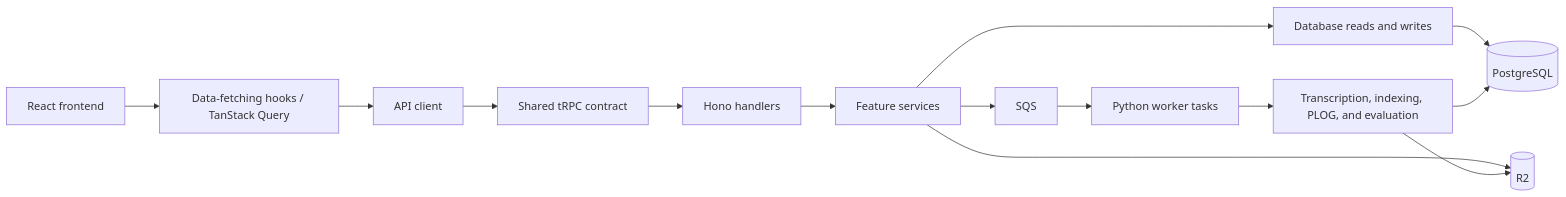
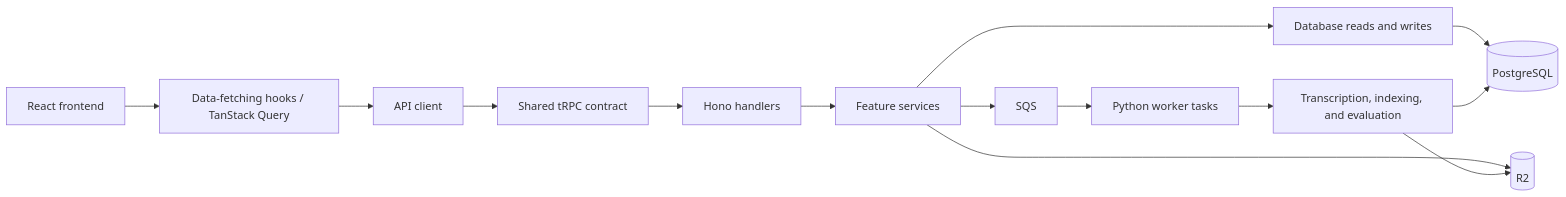
Before and after one commit to yukiharada1228/videoq: the first of 3 diagrams in docs/design/component-diagram.md, drawn with Mermaid. The commit also changed other lines of this file and 173 other files, not shown here.

````diff
--- a/docs/design/component-diagram.md
+++ b/docs/design/component-diagram.md
@@ -11,16 +11,16 @@
 ```mermaid
 flowchart LR
     UI[React frontend] --> Hooks[Data-fetching hooks / TanStack Query]
     Hooks --> Client[API client]
     Client --> Contract[Shared tRPC contract]
     Contract --> Adapter[Hono handlers]
     Adapter --> Services[Feature services]
     Services --> Repositories[Database reads and writes]
     Repositories --> DB[(PostgreSQL)]
     Services --> R2[(R2)]
     Services --> SQS[SQS]
     SQS --> Tasks[Python worker tasks]
-    Tasks --> Pipelines[Transcription, indexing, PLOG, and evaluation]
+    Tasks --> Pipelines[Transcription, indexing, and evaluation]
     Pipelines --> DB
     Pipelines --> R2
 ```
````
